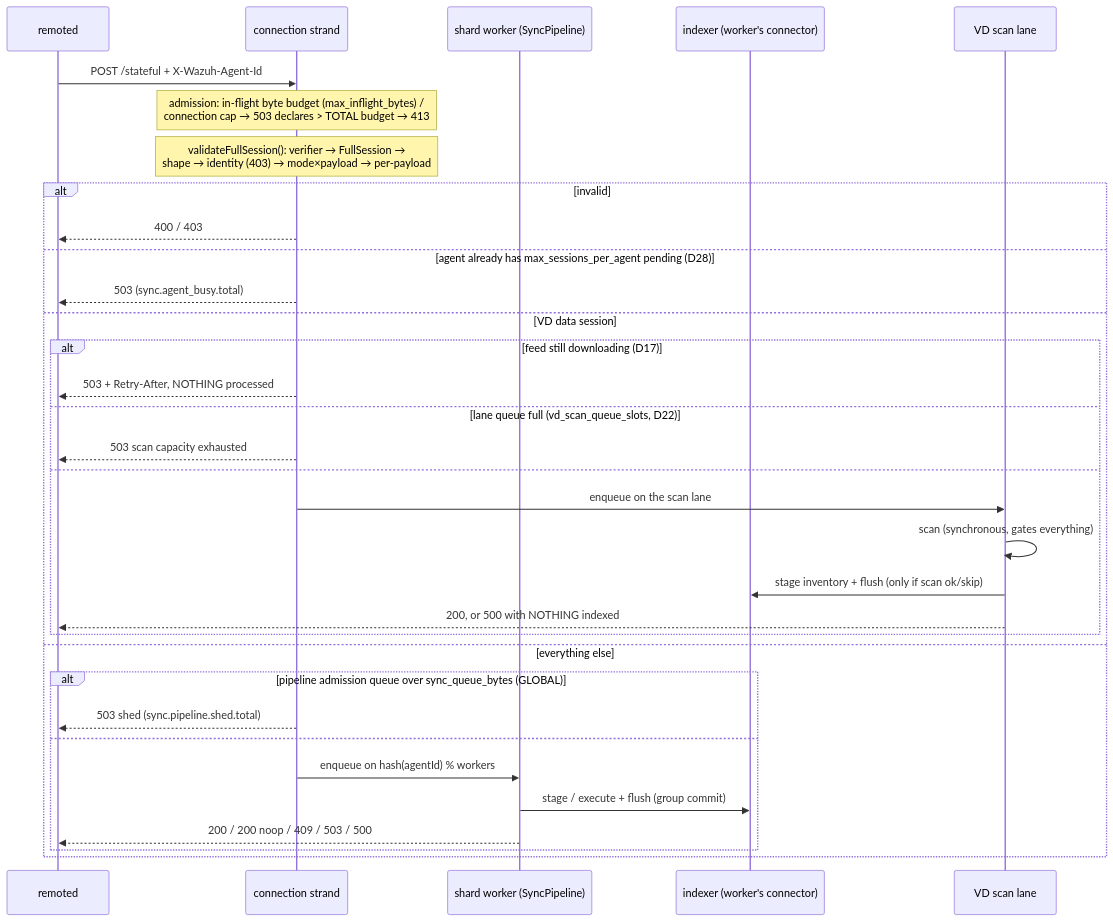
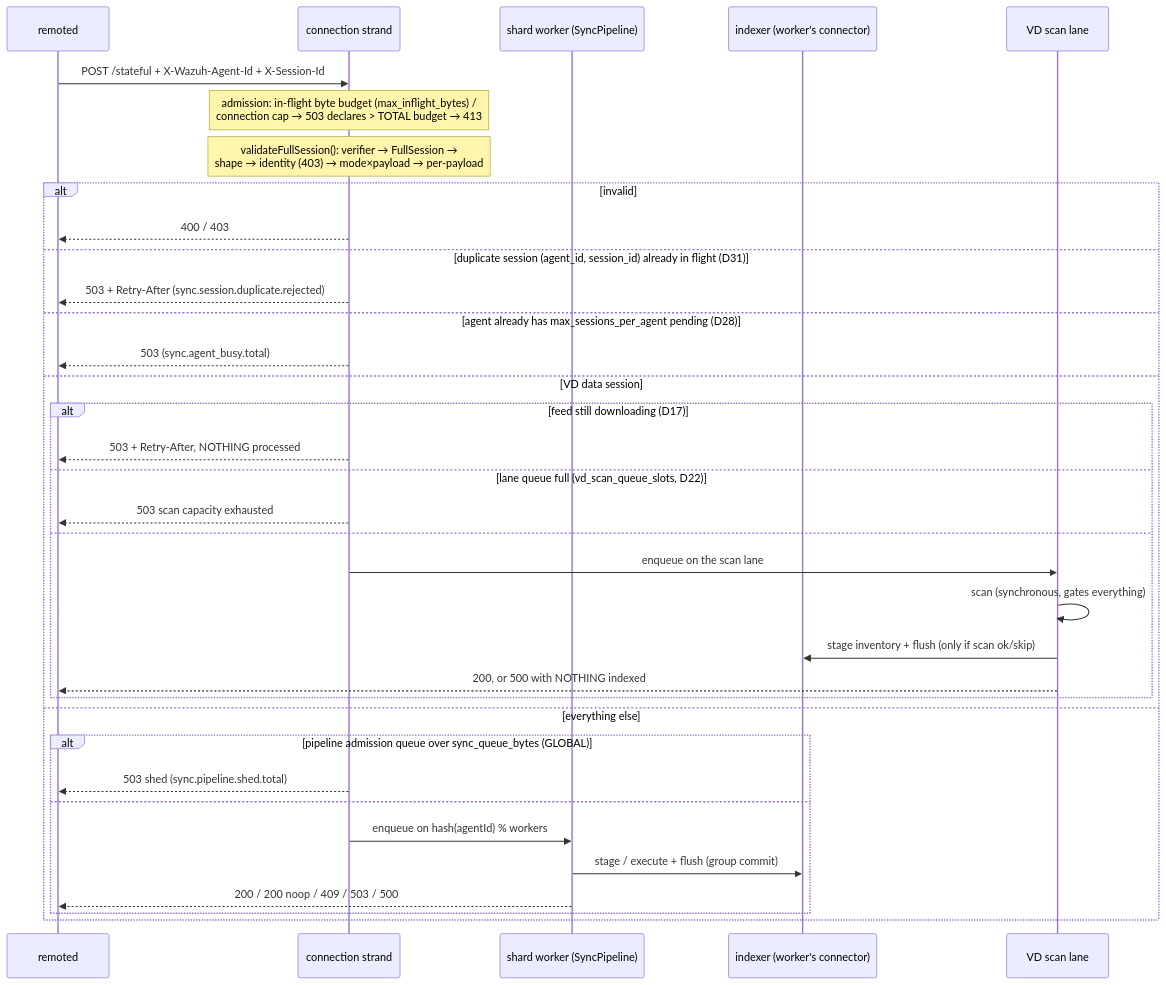
The second of 4 diagrams in src/wazuh_modules/inventory_sync_server/README.md (wazuh/wazuh), drawn with Mermaid before and after one commit. The commit also changed other lines of this file and 3 other files, not shown here.

Commit message:
docs(inventory_sync_server): document D31 session deduplication by X-Session-Id

````diff
--- a/src/wazuh_modules/inventory_sync_server/README.md
+++ b/src/wazuh_modules/inventory_sync_server/README.md
@@ -319,35 +320,37 @@
 ```mermaid
 sequenceDiagram
     participant R as remoted
     participant S as connection strand
     participant Q as shard worker (SyncPipeline)
     participant IDX as indexer (worker's connector)
     participant VQ as VD scan lane
-    R->>S: POST /stateful + X-Wazuh-Agent-Id
+    R->>S: POST /stateful + X-Wazuh-Agent-Id + X-Session-Id
     Note over S: admission: in-flight byte budget (max_inflight_bytes) /<br/>connection cap → 503 declares > TOTAL budget → 413
     Note over S: validateFullSession(): verifier → FullSession →<br/>shape → identity (403) → mode×payload → per-payload
     alt invalid
         S-->>R: 400 / 403
+    else duplicate session (agent_id, session_id) already in flight (D31)
+        S-->>R: 503 + Retry-After (sync.session.duplicate.rejected)
     else agent already has max_sessions_per_agent pending (D28)
         S-->>R: 503 (sync.agent_busy.total)
     else VD data session
         alt feed still downloading (D17)
             S-->>R: 503 + Retry-After, NOTHING processed
         else lane queue full (vd_scan_queue_slots, D22)
             S-->>R: 503 scan capacity exhausted
         else
             S->>VQ: enqueue on the scan lane
             VQ->>VQ: scan (synchronous, gates everything)
             VQ->>IDX: stage inventory + flush (only if scan ok/skip)
             VQ-->>R: 200, or 500 with NOTHING indexed
         end
     else everything else
         alt pipeline admission queue over sync_queue_bytes (GLOBAL)
             S-->>R: 503 shed (sync.pipeline.shed.total)
         else
             S->>Q: enqueue on hash(agentId) % workers
             Q->>IDX: stage / execute + flush (group commit)
             Q-->>R: 200 / 200 noop / 409 / 503 / 500
         end
     end
 ```
````
